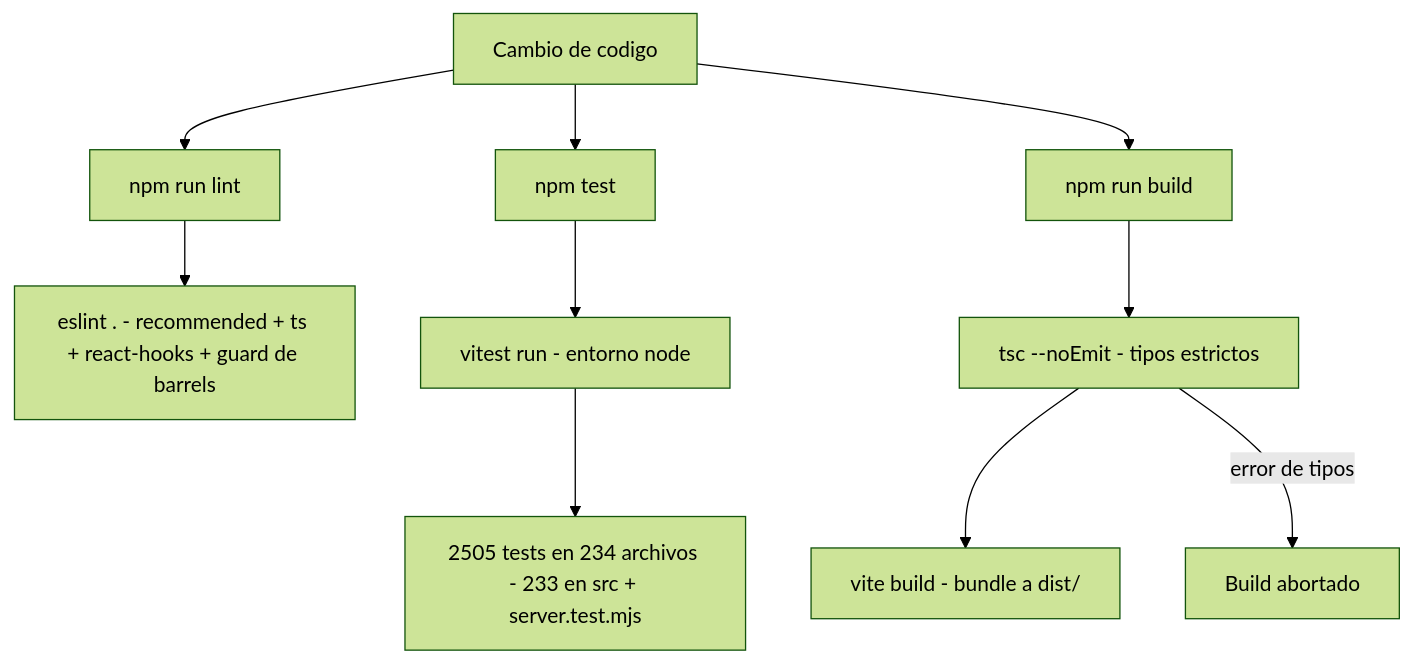
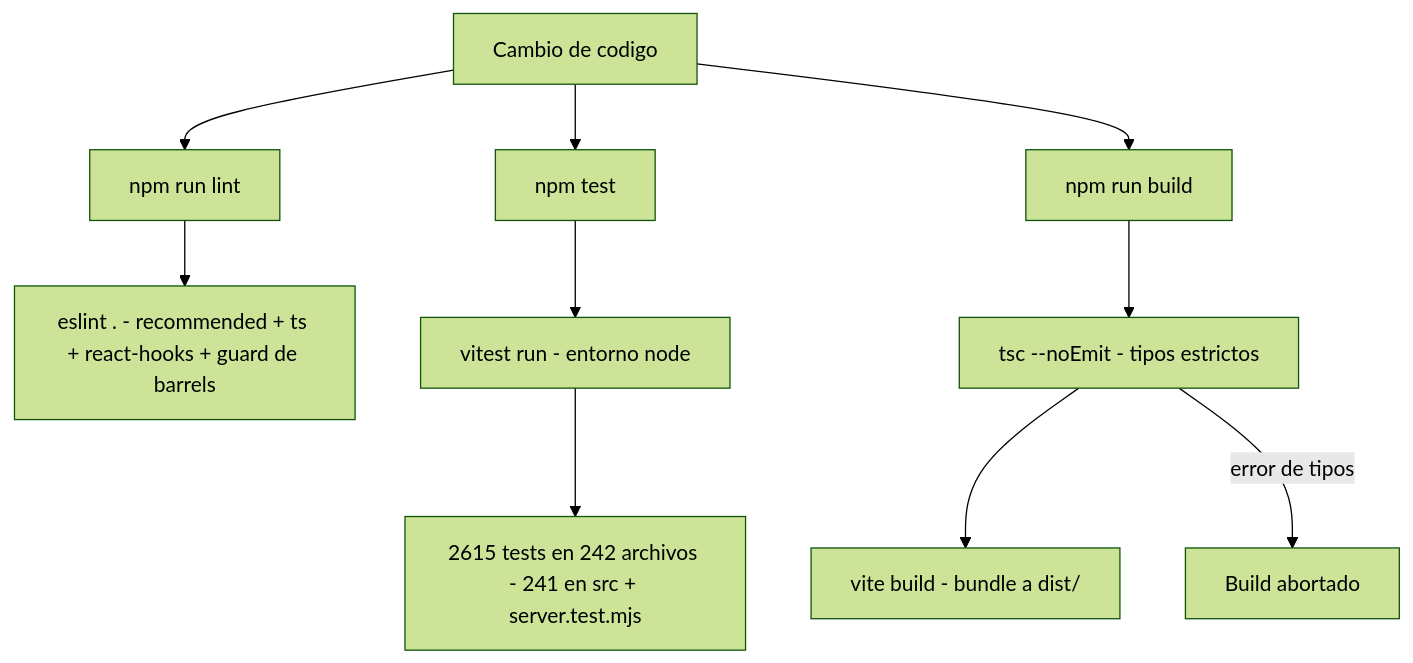
Before and after one commit to Carlosmps97/web-data-model-hub: the first of 3 diagrams in doc/testing.md, drawn with Mermaid (forest theme). The commit also changed other lines of this file and 33 other files, not shown here.

````diff
--- a/doc/testing.md
+++ b/doc/testing.md
@@ -152,12 +152,12 @@
 ```mermaid
 flowchart TD
     A[Cambio de codigo] --> B[npm run lint]
     A --> C[npm test]
     A --> D[npm run build]
     B --> B1[eslint . - recommended + ts + react-hooks + guard de barrels]
     C --> C1[vitest run - entorno node]
-    C1 --> C2[2505 tests en 234 archivos - 233 en src + server.test.mjs]
+    C1 --> C2[2615 tests en 242 archivos - 241 en src + server.test.mjs]
     D --> D1[tsc --noEmit - tipos estrictos]
     D1 --> D2[vite build - bundle a dist/]
     D1 -->|error de tipos| X[Build abortado]
 ```
````
